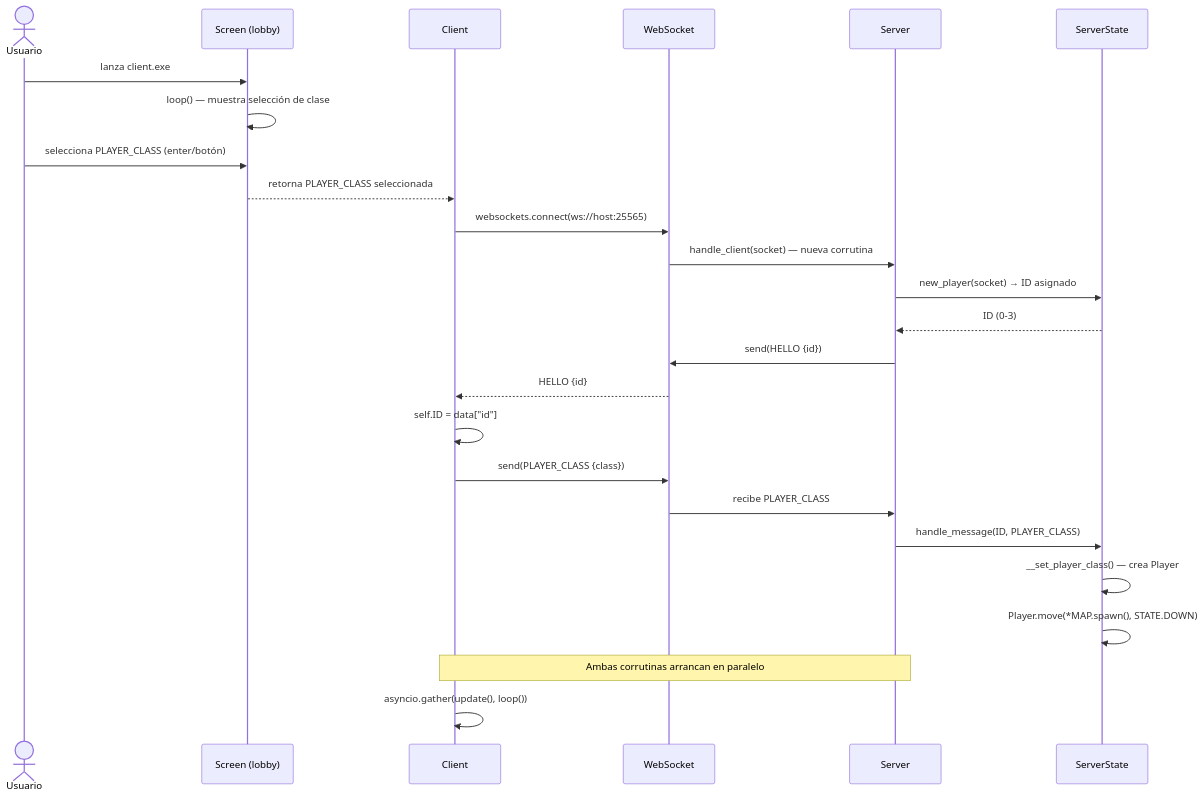
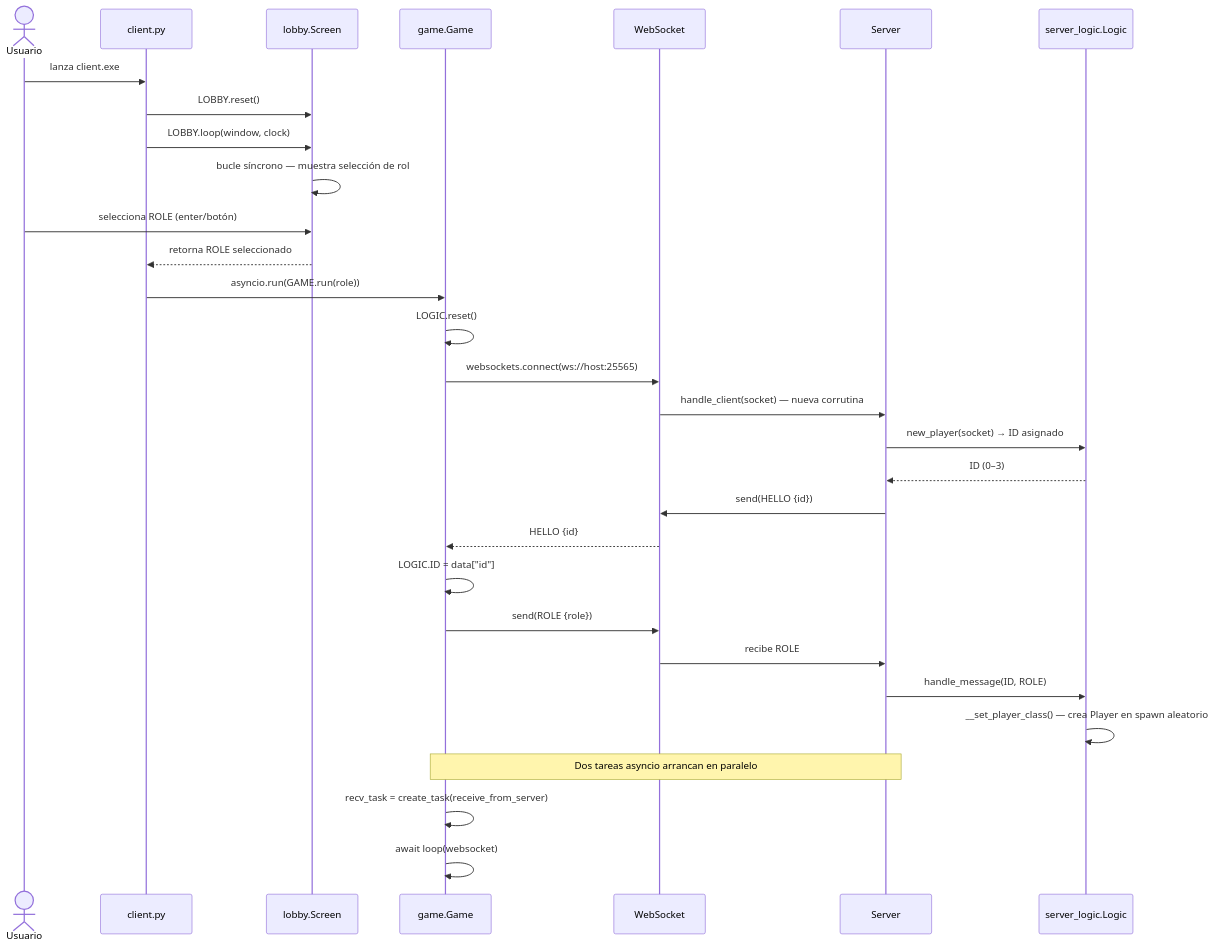
Before and after one commit to Aouei/pygame_multi: the first of 6 diagrams in docs/diagramas/mensajes.md, drawn with Mermaid. The commit also changed other lines of this file and 2 other files, not shown here.

Commit message:
UPDATE doc diagrams

````diff
--- a/docs/diagramas/mensajes.md
+++ b/docs/diagramas/mensajes.md
@@ -63,32 +80,37 @@
 ```mermaid
 sequenceDiagram
     actor User as Usuario
-    participant L  as Screen (lobby)
-    participant C  as Client
+    participant CLI as client.py
+    participant L  as lobby.Screen
+    participant G  as game.Game
     participant WS as WebSocket
     participant S  as Server
-    participant SS as ServerState
+    participant SL as server_logic.Logic
 
-    User->>L: lanza client.exe
-    L->>L: loop() — muestra selección de clase
-    User->>L: selecciona PLAYER_CLASS (enter/botón)
-    L-->>C: retorna PLAYER_CLASS seleccionada
+    User->>CLI: lanza client.exe
+    CLI->>L: LOBBY.reset()
+    CLI->>L: LOBBY.loop(window, clock)
+    L->>L: bucle síncrono — muestra selección de rol
+    User->>L: selecciona ROLE (enter/botón)
+    L-->>CLI: retorna ROLE seleccionado
 
-    C->>WS: websockets.connect(ws://host:25565)
+    CLI->>G: asyncio.run(GAME.run(role))
+    G->>G: LOGIC.reset()
+    G->>WS: websockets.connect(ws://host:25565)
     WS->>S: handle_client(socket) — nueva corrutina
-    S->>SS: new_player(socket) → ID asignado
-    SS-->>S: ID (0-3)
+    S->>SL: new_player(socket) → ID asignado
+    SL-->>S: ID (0–3)
 
     S->>WS: send(HELLO {id})
-    WS-->>C: HELLO {id}
-    C->>C: self.ID = data["id"]
+    WS-->>G: HELLO {id}
+    G->>G: LOGIC.ID = data["id"]
 
-    C->>WS: send(PLAYER_CLASS {class})
-    WS->>S: recibe PLAYER_CLASS
-    S->>SS: handle_message(ID, PLAYER_CLASS)
-    SS->>SS: __set_player_class() — crea Player
-    SS->>SS: Player.move(*MAP.spawn(), STATE.DOWN)
+    G->>WS: send(ROLE {role})
+    WS->>S: recibe ROLE
+    S->>SL: handle_message(ID, ROLE)
+    SL->>SL: __set_player_class() — crea Player en spawn aleatorio
 
-    Note over C,S: Ambas corrutinas arrancan en paralelo
-    C->>C: asyncio.gather(update(), loop())
+    Note over G,S: Dos tareas asyncio arrancan en paralelo
+    G->>G: recv_task = create_task(receive_from_server)
+    G->>G: await loop(websocket)
 ```
````
